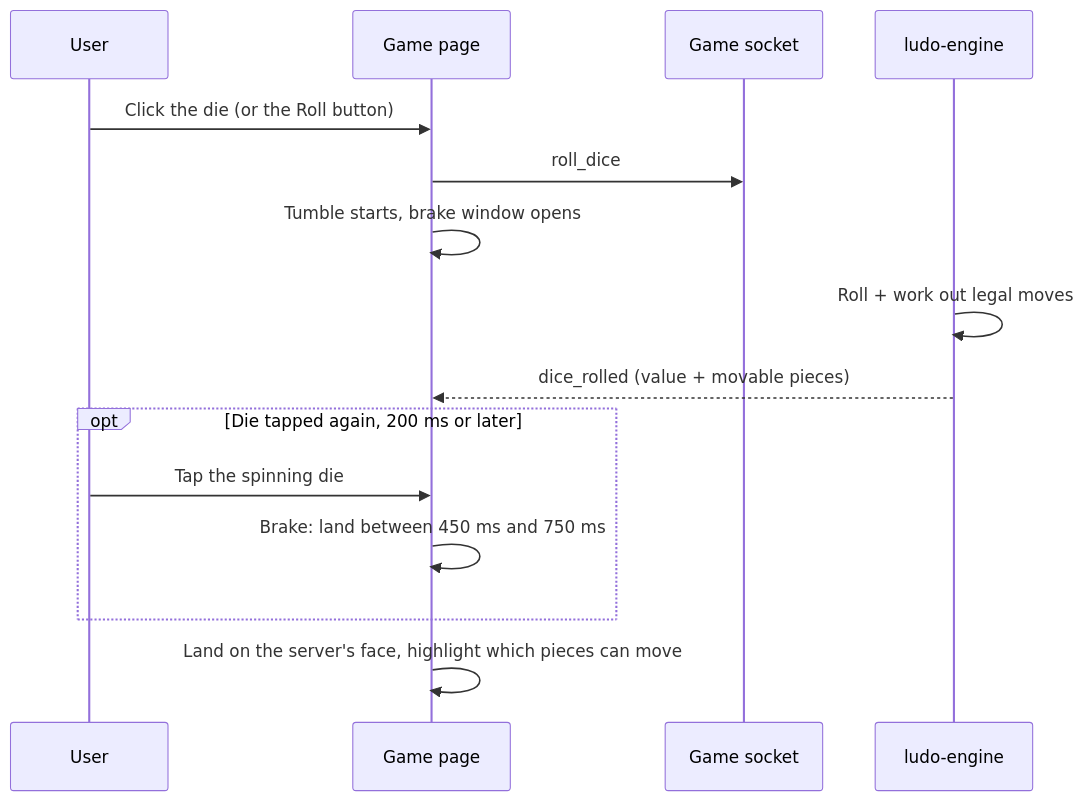
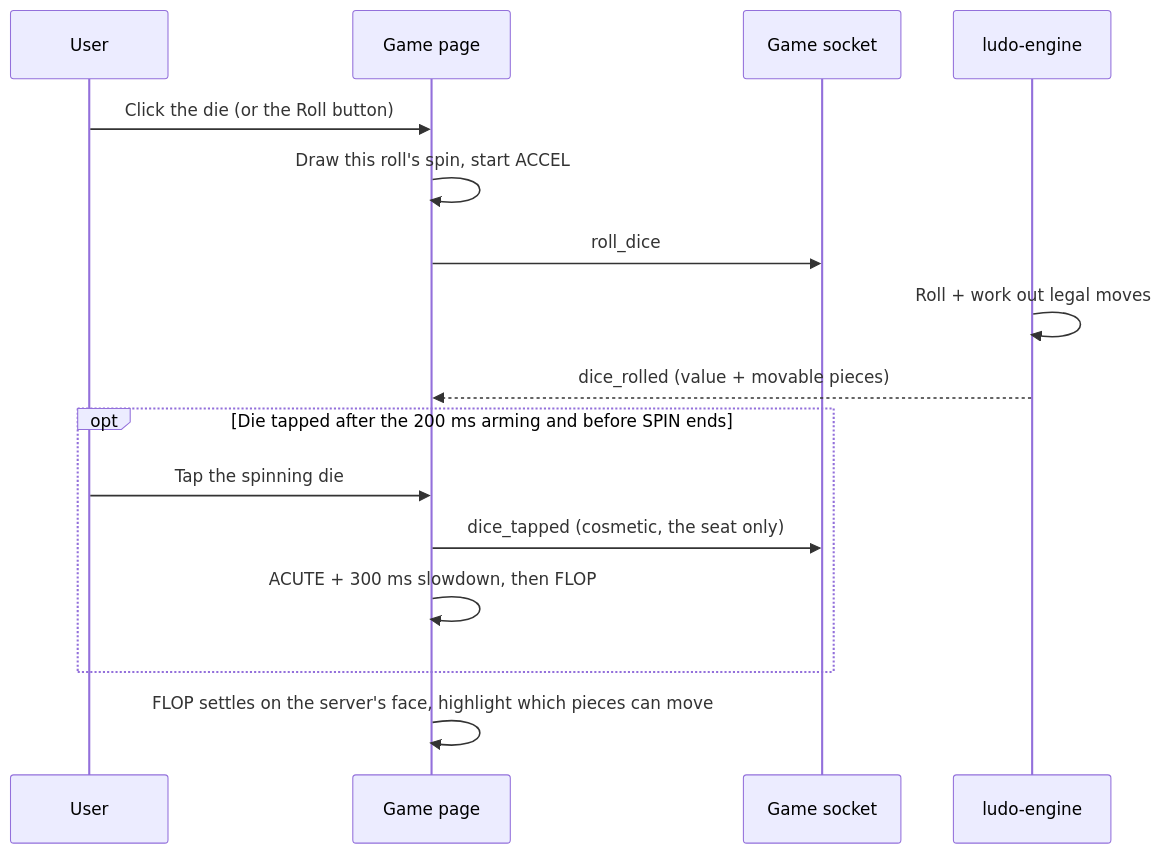
Before and after one commit to IrmaJoKerr/ft_transcendence-ludo: the second of 3 diagrams in docs/frontend/frontend-game-module.md, drawn with Mermaid. The commit also changed other lines of this file and 22 other files, not shown here.

Commit message:
feat(dice): five acts per roll with a tap that branches them and dice_tapped on the wire; login asks about the arenas

````diff
--- a/docs/frontend/frontend-game-module.md
+++ b/docs/frontend/frontend-game-module.md
@@ -152,18 +152,19 @@
 ```mermaid
 sequenceDiagram
     participant User
     participant Game as Game page
     participant Socket as Game socket
     participant Engine as ludo-engine
 
     User->>Game: Click the die (or the Roll button)
+    Game->>Game: Draw this roll's spin, start ACCEL
     Game->>Socket: roll_dice
-    Game->>Game: Tumble starts, brake window opens
     Engine->>Engine: Roll + work out legal moves
     Engine-->>Game: dice_rolled (value + movable pieces)
-    opt Die tapped again, 200 ms or later
+    opt Die tapped after the 200 ms arming and before SPIN ends
         User->>Game: Tap the spinning die
-        Game->>Game: Brake: land between 450 ms and 750 ms
+        Game->>Socket: dice_tapped (cosmetic, the seat only)
+        Game->>Game: ACUTE + 300 ms slowdown, then FLOP
     end
-    Game->>Game: Land on the server's face, highlight which pieces can move
+    Game->>Game: FLOP settles on the server's face, highlight which pieces can move
 ```
````
